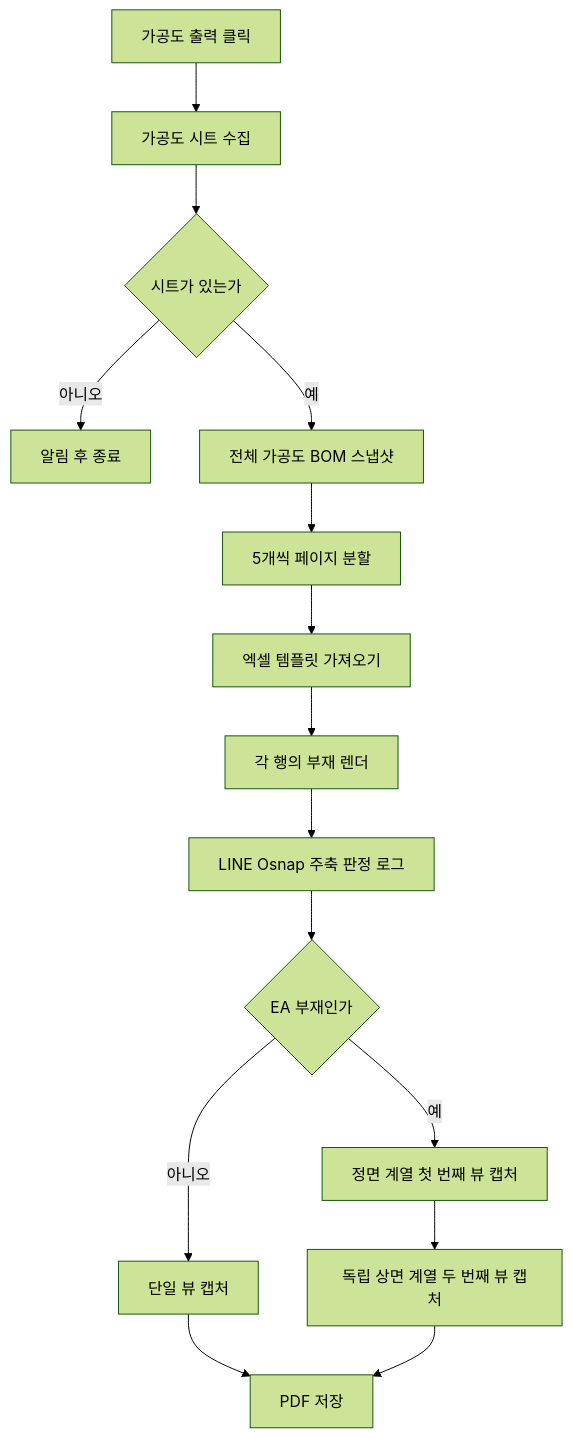
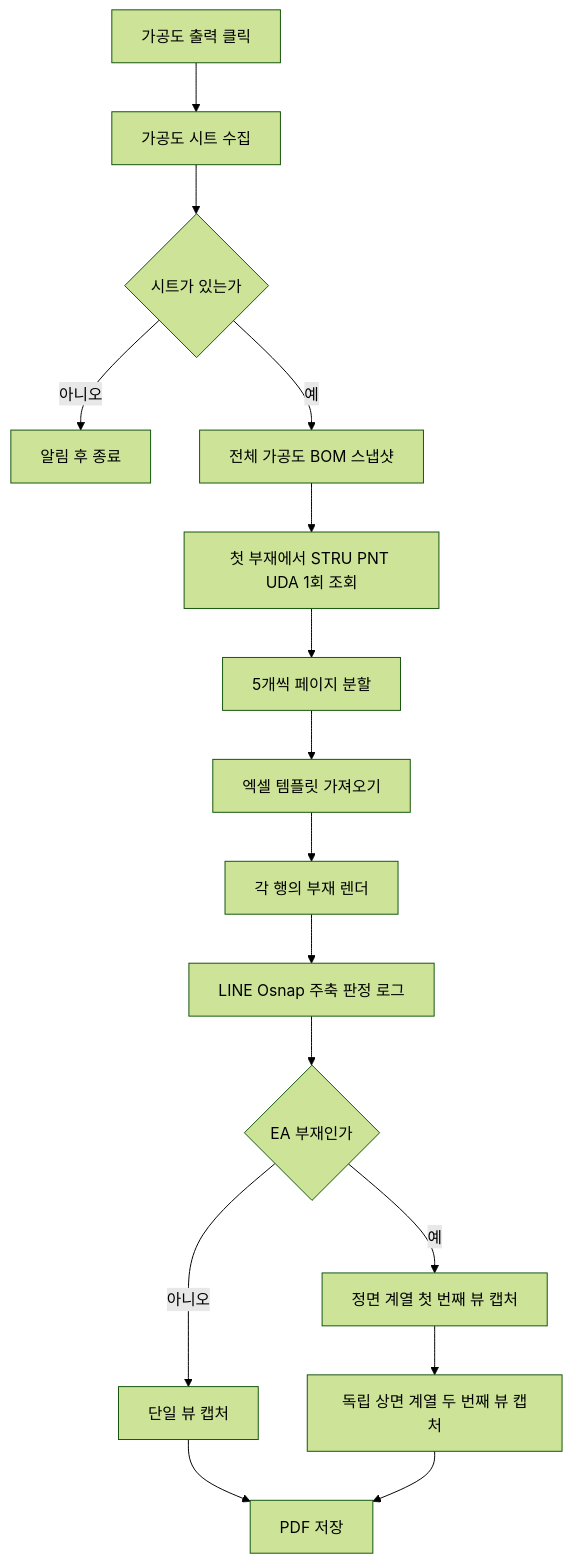
One commit to uuuuj/a2z changed the diagram in docs/기능/가공도/가공도 시트.md. Above: the diagram before and after it, drawn with Mermaid (forest theme). The commit also changed other lines of this file and 8 other files, not shown here.

First line of the commit message:
feat: PAINT CODE에 STRU PNT 값 표시

````diff
--- a/docs/기능/가공도/가공도 시트.md
+++ b/docs/기능/가공도/가공도 시트.md
@@ -25,17 +25,18 @@
 ```mermaid
 flowchart TD
     A["가공도 출력 클릭"] --> B["가공도 시트 수집"]
     B --> C{"시트가 있는가"}
     C -- 아니오 --> D["알림 후 종료"]
     C -- 예 --> E["전체 가공도 BOM 스냅샷"]
-    E --> F["5개씩 페이지 분할"]
+    E --> E1["첫 부재에서 STRU PNT UDA 1회 조회"]
+    E1 --> F["5개씩 페이지 분할"]
     F --> G["엑셀 템플릿 가져오기"]
     G --> H["각 행의 부재 렌더"]
     H --> H1["LINE Osnap 주축 판정 로그"]
     H1 --> I{"EA 부재인가"}
     I -- 아니오 --> J["단일 뷰 캡처"]
     I -- 예 --> K["정면 계열 첫 번째 뷰 캡처"]
     K --> L["독립 상면 계열 두 번째 뷰 캡처"]
     J --> M["PDF 저장"]
     L --> M
 ```
````
